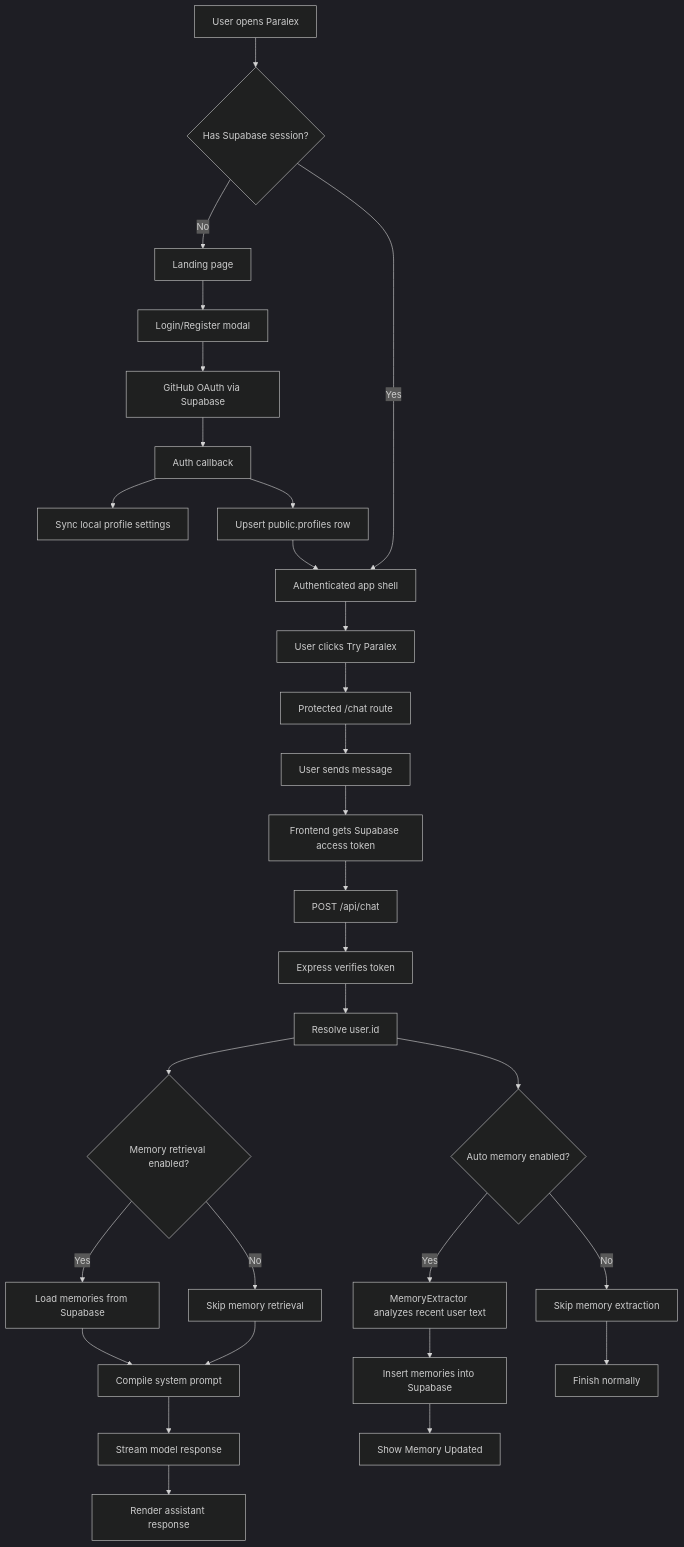
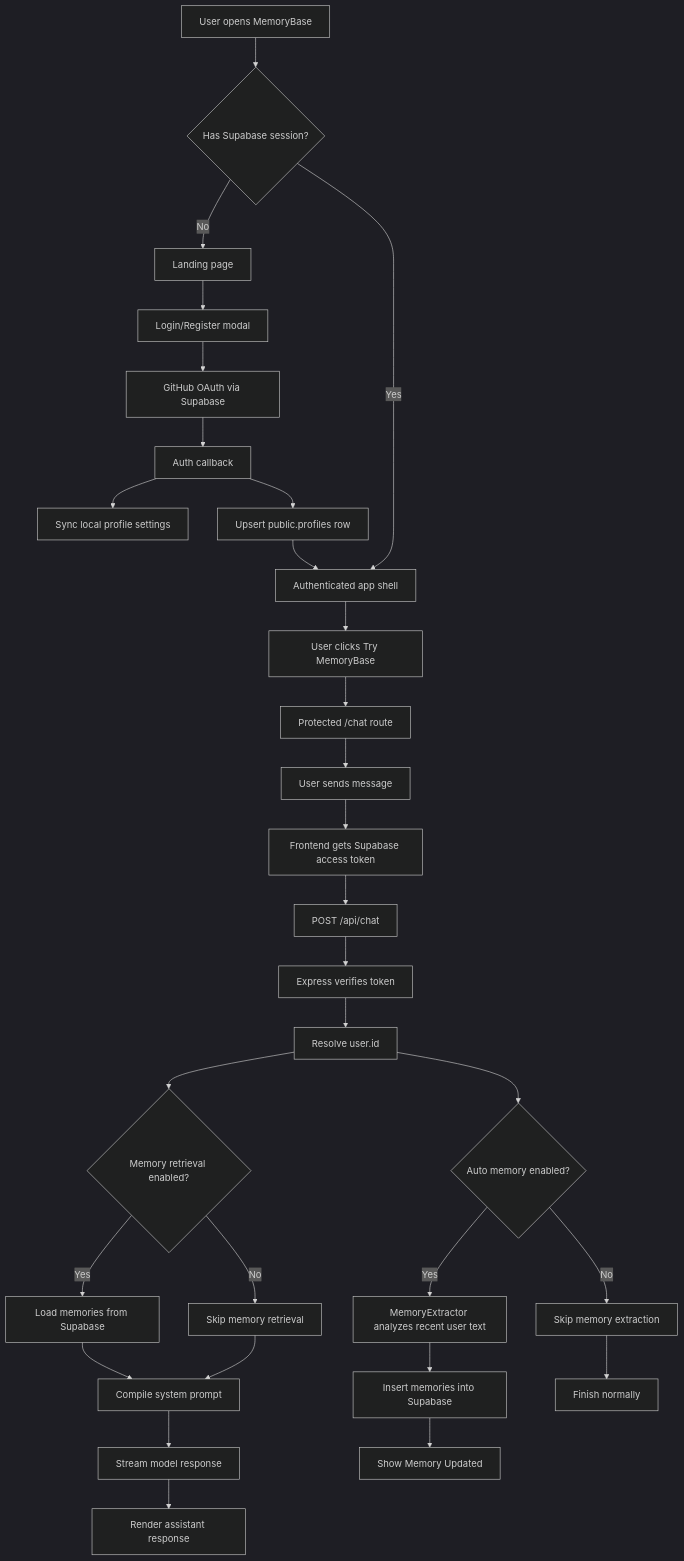
Before and after one commit to swastikp-io/MemoryBase: the third of 5 diagrams in docs/PARALEX_OPERATIONAL_FLOW.md, drawn with Mermaid (dark theme). The commit also changed other lines of this file and 123 other files, not shown here.

````diff
--- a/docs/PARALEX_OPERATIONAL_FLOW.md
+++ b/docs/PARALEX_OPERATIONAL_FLOW.md
@@ -137,32 +137,32 @@
 ```mermaid
 flowchart TD
-  A["User opens Paralex"] --> B{"Has Supabase session?"}
+  A["User opens MemoryBase"] --> B{"Has Supabase session?"}
   B -- No --> C["Landing page"]
   C --> D["Login/Register modal"]
   D --> E["GitHub OAuth via Supabase"]
   E --> F["Auth callback"]
   F --> G["Sync local profile settings"]
   F --> H["Upsert public.profiles row"]
   H --> I["Authenticated app shell"]
   B -- Yes --> I
-  I --> J["User clicks Try Paralex"]
+  I --> J["User clicks Try MemoryBase"]
   J --> K["Protected /chat route"]
   K --> L["User sends message"]
   L --> M["Frontend gets Supabase access token"]
   M --> N["POST /api/chat"]
   N --> O["Express verifies token"]
   O --> P["Resolve user.id"]
   P --> Q{"Memory retrieval enabled?"}
   Q -- Yes --> R["Load memories from Supabase"]
   Q -- No --> S["Skip memory retrieval"]
   R --> T["Compile system prompt"]
   S --> T
   T --> U["Stream model response"]
   P --> V{"Auto memory enabled?"}
   V -- Yes --> W["MemoryExtractor analyzes recent user text"]
   W --> X["Insert memories into Supabase"]
   V -- No --> Y["Skip memory extraction"]
   U --> Z["Render assistant response"]
   X --> AA["Show Memory Updated"]
   Y --> AB["Finish normally"]
 ```
````
